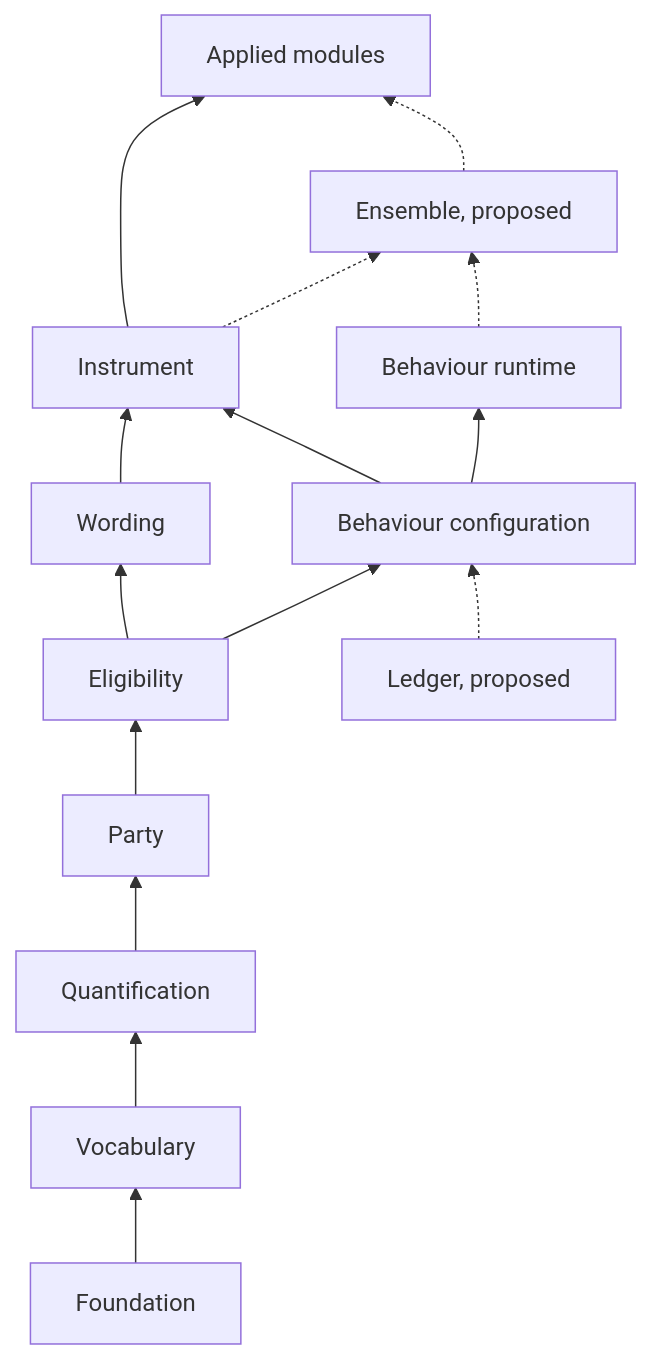
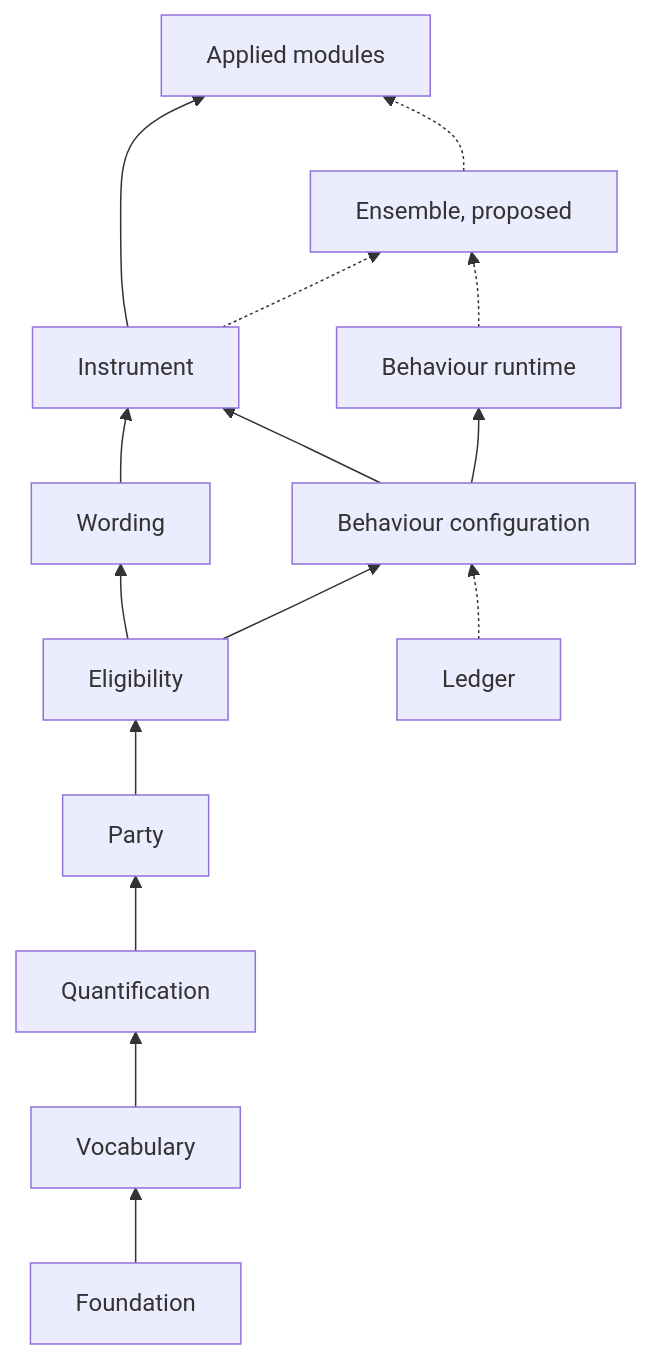
Diagram 16 of 22 in docs/developer/ROADMAP.md (nebularis/lattice), drawn with Mermaid before and after one commit. The commit also changed other lines of this file and 9 other files, not shown here.

First line of the commit message:
ROADMAP.md kept whole: a chart per epic from its first day, sections 9 generated, every hand-written section refreshed, and the contract attends to it at every handoff

````diff
--- a/docs/developer/ROADMAP.md
+++ b/docs/developer/ROADMAP.md
@@ -449,17 +513,17 @@
 ```mermaid
 flowchart BT
     F["Foundation"] --> V["Vocabulary"]
     V --> Q["Quantification"]
     Q --> P["Party"]
     P --> E["Eligibility"]
     E --> W["Wording"]
     E --> BC["Behaviour configuration"]
     BC --> BR["Behaviour runtime"]
     W --> I["Instrument"]
     BC --> I
-    LDG["Ledger, proposed"] -.-> BC
+    LDG["Ledger"] -.-> BC
     I -.-> ENS["Ensemble, proposed"]
     BR -.-> ENS
     I --> APP["Applied modules"]
     ENS -.-> APP
 ```
````
